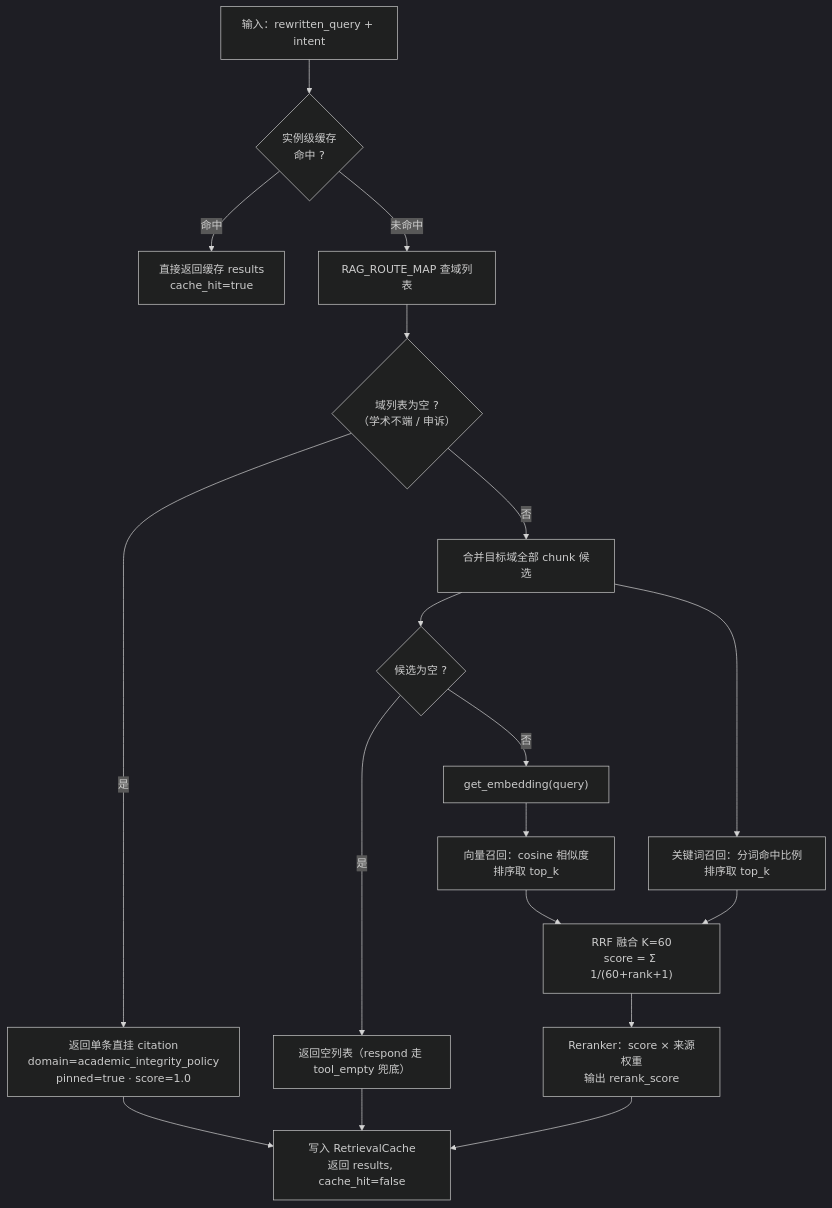
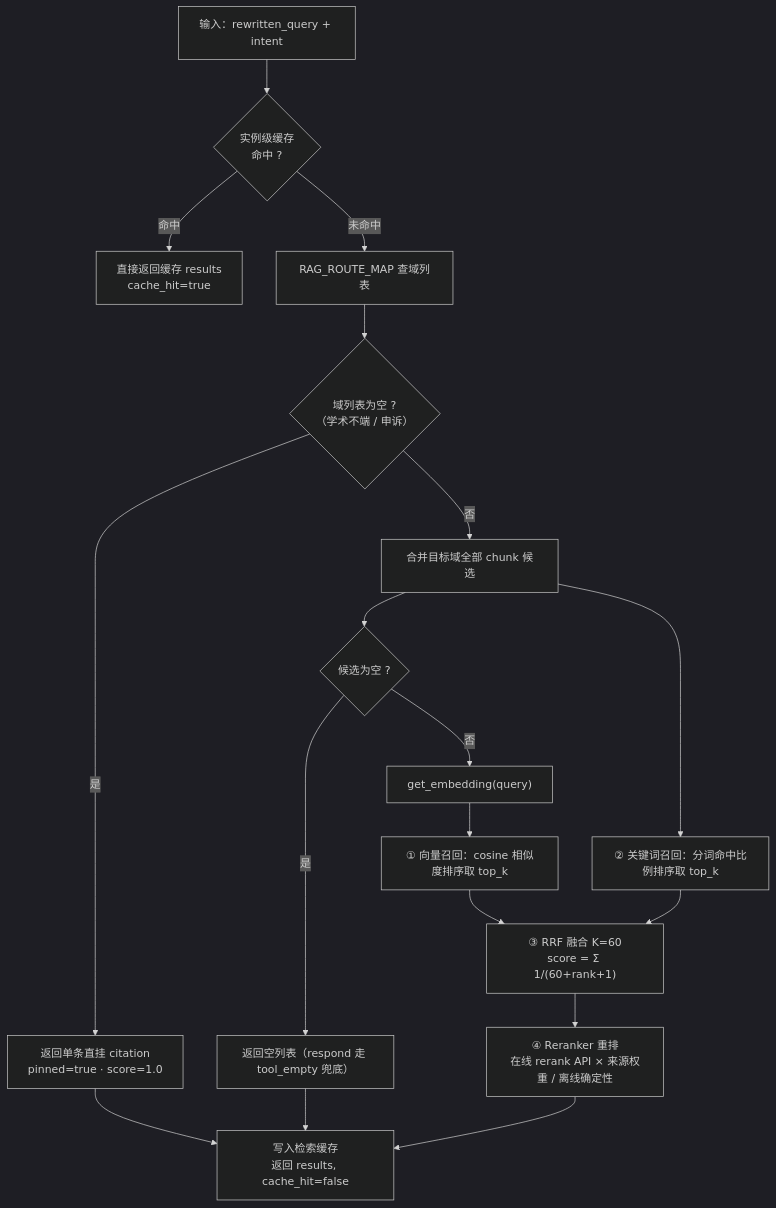
The first of 2 diagrams in docs/rag.md (erictrainnlpinxihu/Grader-agent), drawn with Mermaid (dark theme) before and after one commit. The commit also changed other lines of this file and 16 other files, not shown here.

````diff
--- a/docs/rag.md
+++ b/docs/rag.md
@@ -58,20 +71,20 @@
 ```mermaid
 flowchart TD
     Q["输入：rewritten_query + intent"] --> CACHE{"实例级缓存<br/>命中 ?"}
     CACHE -->|命中| HIT["直接返回缓存 results<br/>cache_hit=true"]
     CACHE -->|未命中| DM["RAG_ROUTE_MAP 查域列表"]
     DM --> EMPTY{"域列表为空 ?<br/>（学术不端 / 申诉）"}
-    EMPTY -->|是| PIN["返回单条直挂 citation<br/>domain=academic_integrity_policy<br/>pinned=true · score=1.0"]
+    EMPTY -->|是| PIN["返回单条直挂 citation<br/>pinned=true · score=1.0"]
     EMPTY -->|否| CC["合并目标域全部 chunk 候选"]
     CC --> CE{"候选为空 ?"}
     CE -->|是| E0["返回空列表（respond 走 tool_empty 兜底）"]
     CE -->|否| EMB["get_embedding(query)"]
-    EMB --> V["向量召回：cosine 相似度排序取 top_k"]
-    CC --> K["关键词召回：分词命中比例排序取 top_k"]
-    V --> RRF["RRF 融合 K=60<br/>score = Σ 1/(60+rank+1)"]
+    EMB --> V["① 向量召回：cosine 相似度排序取 top_k"]
+    CC --> K["② 关键词召回：分词命中比例排序取 top_k"]
+    V --> RRF["③ RRF 融合 K=60<br/>score = Σ 1/(60+rank+1)"]
     K --> RRF
-    RRF --> RR["Reranker：score × 来源权重<br/>输出 rerank_score"]
-    RR --> SAVE["写入 RetrievalCache<br/>返回 results, cache_hit=false"]
+    RRF --> RR["④ Reranker 重排<br/>在线 rerank API × 来源权重 / 离线确定性"]
+    RR --> SAVE["写入检索缓存<br/>返回 results, cache_hit=false"]
     PIN --> SAVE
     E0 --> SAVE
 ```
````
